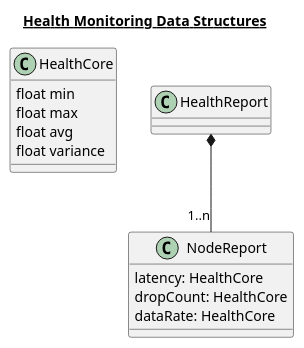
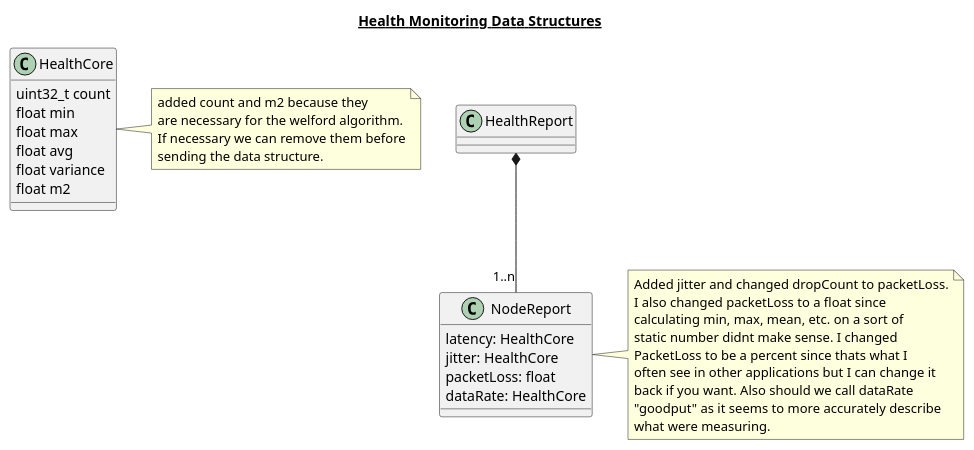
One commit to SystemsCyber/Software-Defined-Truck changed the third of 7 diagrams in Doc/Documentation.md. Above: the diagram before and after it, drawn with PlantUML. The commit also changed other lines of this file and 1 other file, not shown here.

Commit message:
Updated Documentation to match the SSSF network stats changes.

````diff
--- a/Doc/Documentation.md
+++ b/Doc/Documentation.md
@@ -79,18 +82,23 @@
 ```plantuml
 @startuml
     title <u>Health Monitoring Data Structures</u>
     class HealthCore{
+        uint32_t count
         float min
         float max
         float avg
         float variance
+        float m2
     }
+    note right of HealthCore: added count and m2 because they\nare necessary for the welford algorithm.\nIf necessary we can remove them before\nsending the data structure.
     class NodeReport{
         latency: HealthCore
-        dropCount: HealthCore
+        jitter: HealthCore
+        packetLoss: float
         dataRate: HealthCore
     }
+    note right of NodeReport: Added jitter and changed dropCount to packetLoss.\nI also changed packetLoss to a float since\ncalculating min, max, mean, etc. on a sort of\nstatic number didnt make sense. I changed\nPacketLoss to be a percent since thats what I\noften see in other applications but I can change it\nback if you want. Also should we call dataRate\n"goodput" as it seems to more accurately describe\nwhat were measuring.
     class HealthReport
     HealthReport *--"1..n" NodeReport
 @enduml
 ```
````
